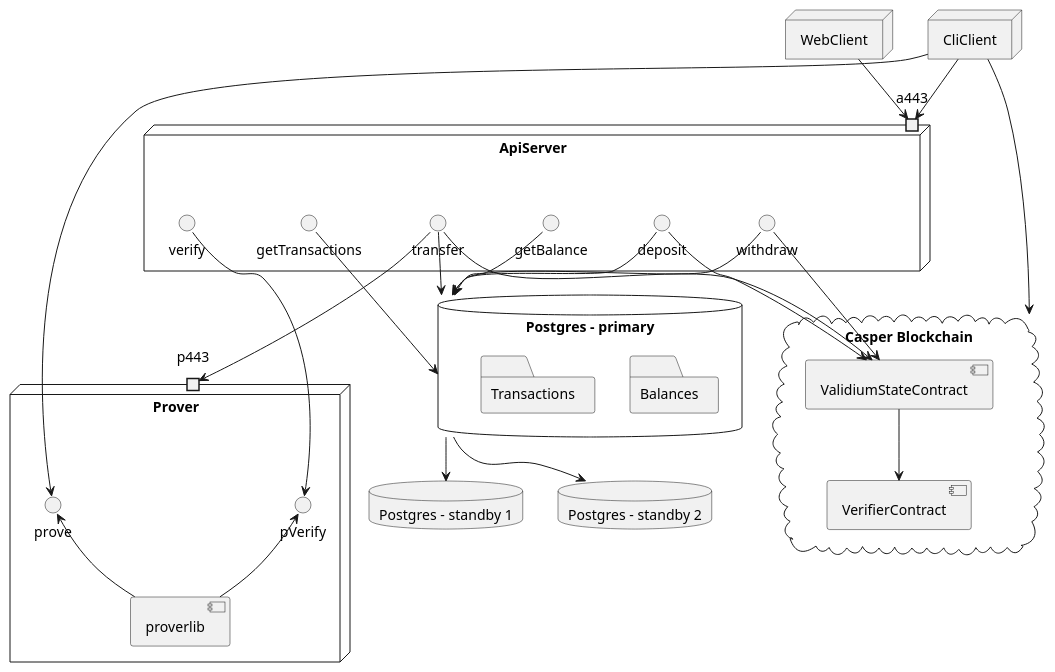
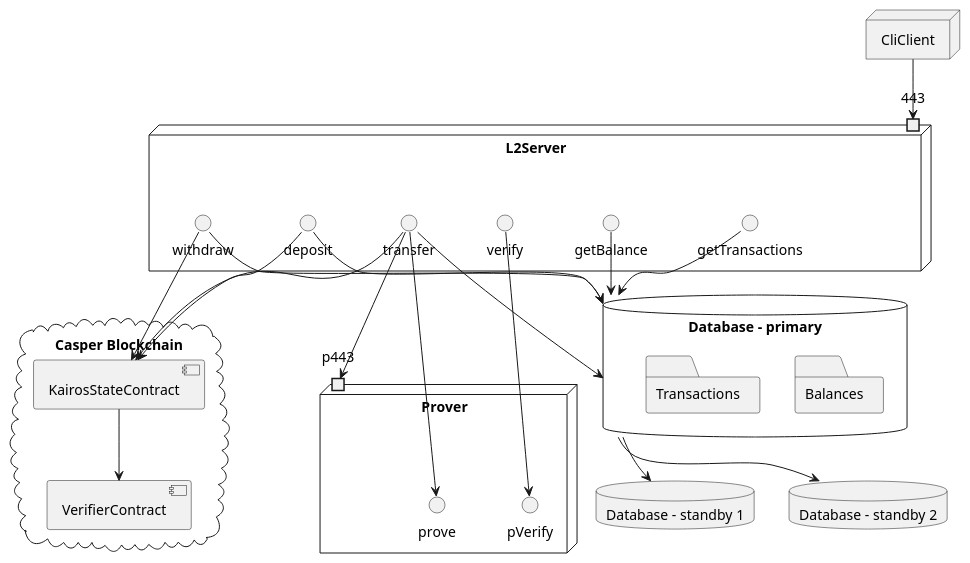
One commit to cspr-rad/kairos-spec changed the diagram in diagrams/components_diagram.puml. Above: the diagram before and after it, drawn with PlantUML.

Commit message:
diagrams: update components diagram

```diff
--- a/diagrams/components_diagram.puml
+++ b/diagrams/components_diagram.puml
@@ -1,65 +1,60 @@
 @startuml
-node "WebClient" {
-}
-
 node "CliClient" {
 }
 
-node "ApiServer" {
-  port a443
+node "L2Server" {
+  port 443
   () "deposit"
   () "withdraw"
   () "transfer"
   () "verify"
   () "getBalance"
   () "getTransactions"
 }
 
 node "Prover" {
   port p443
-  [proverlib] -up-> () "prove"
-  [proverlib] -up-> () "pVerify"
+  () "prove"
+  () "pVerify"
 }
 
-database "Postgres - primary" {
+database "Database - primary" {
   folder "Balances" {
   }
   folder "Transactions" {
   }
 }
-database "Postgres - standby 1" {
+database "Database - standby 1" {
 }
-database "Postgres - standby 2" {
+database "Database - standby 2" {
 }
 cloud "Casper Blockchain" {
   [VerifierContract]
-  [ValidiumStateContract]
+  [KairosStateContract]
 }
 
-"WebClient" --> "a443"
-
-"CliClient" --> "a443"
-"CliClient" --> "prove"
-"CliClient" --> "Casper Blockchain"
+"CliClient" --> "443"
 
 "transfer" --> "p443"
-"transfer"  --> "Postgres - primary"
-"transfer"  --> "ValidiumStateContract"
+"transfer"  --> "prove"
+"transfer"  --> "Database - primary"
+"transfer"  --> "KairosStateContract"
 
-"deposit"  --> "ValidiumStateContract"
-"deposit"  --> "Postgres - primary"
 
-"withdraw"  --> "ValidiumStateContract"
-"withdraw"  --> "Postgres - primary"
+"deposit"  --> "KairosStateContract"
+"deposit"  --> "Database - primary"
+
+"withdraw"  --> "KairosStateContract"
+"withdraw"  --> "Database - primary"
 
 "verify" --> "pVerify"
 
-"getBalance"  --> "Postgres - primary"
+"getBalance"  --> "Database - primary"
 
-"getTransactions"  --> "Postgres - primary"
+"getTransactions"  --> "Database - primary"
 
-"Postgres - primary" --> "Postgres - standby 1"
-"Postgres - primary" --> "Postgres - standby 2"
+"Database - primary" --> "Database - standby 1"
+"Database - primary" --> "Database - standby 2"
 
-"ValidiumStateContract" --> "VerifierContract"
+"KairosStateContract" --> "VerifierContract"
 @enduml
```
